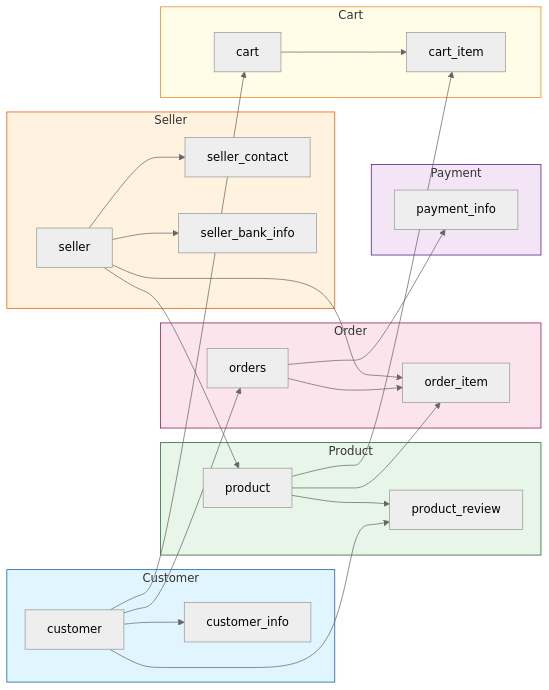
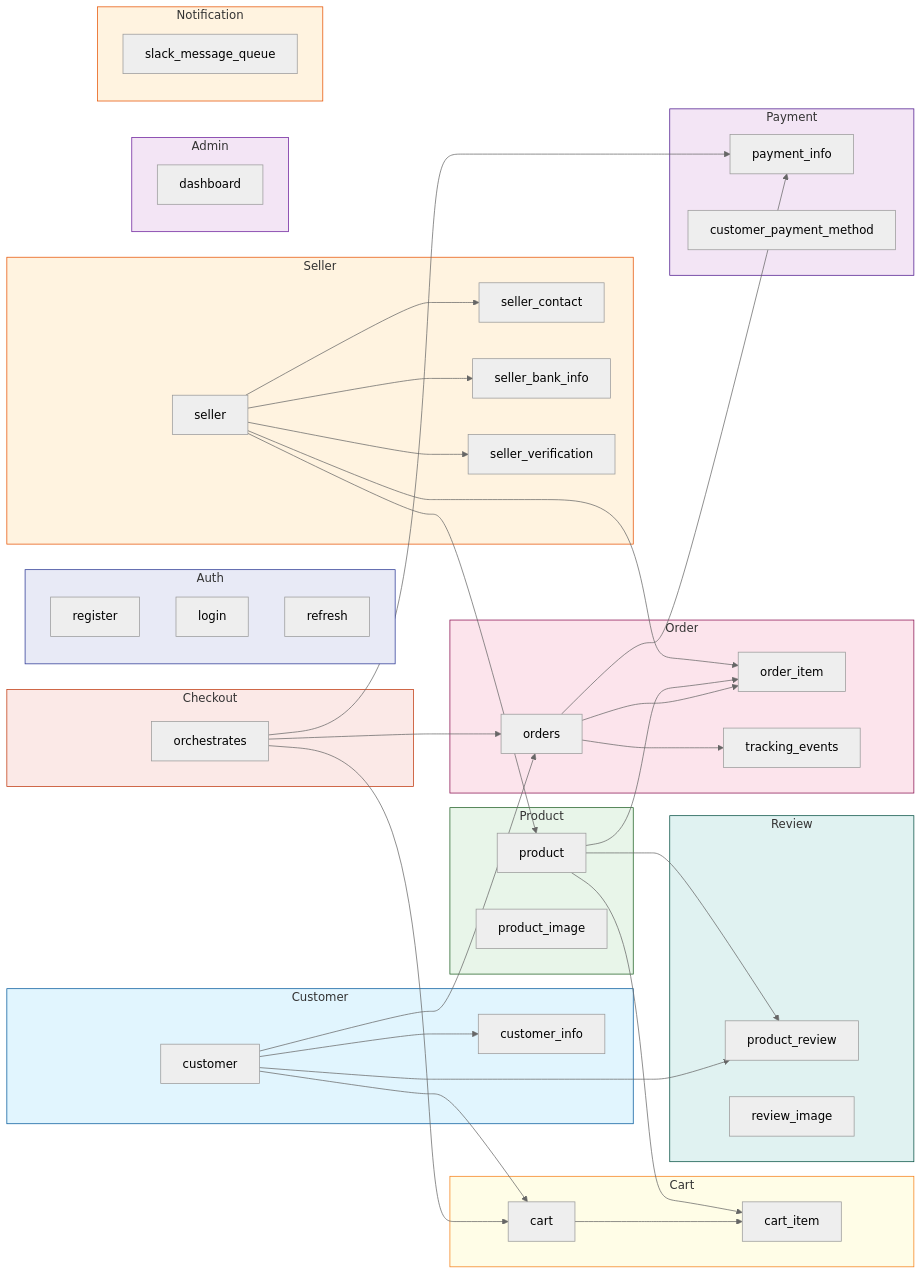
The third of 4 diagrams in README.md (EliteShopColombia/EliteShopOnlineBackend), drawn with Mermaid (neutral theme) before and after one commit. The commit also changed other lines of this file and 22 other files, not shown here.

````diff
--- a/README.md
+++ b/README.md
@@ -563,5 +226,11 @@
 ```mermaid
 graph LR
+    subgraph Auth["Auth"]
+        A[register]
+        AL[login]
+        R[refresh]
+    end
+
     subgraph Customer["Customer"]
         C[customer]
         CI[customer_info]
@@ -571,20 +240,23 @@
         S[seller]
         SC[seller_contact]
         SB[seller_bank_info]
+        SV[seller_verification]
     end
 
     subgraph Product["Product"]
         P[product]
-        PR[product_review]
+        PI[product_image]
     end
 
     subgraph Order["Order"]
         O[orders]
         OI[order_item]
+        TE[tracking_events]
     end
 
     subgraph Payment["Payment"]
-        PI[payment_info]
+        PAY[payment_info]
+        CPM[customer_payment_method]
     end
 
     subgraph Cart["Cart"]
@@ -592,25 +264,52 @@
         CIT[cart_item]
     end
 
+    subgraph Review["Review"]
+        REV[product_review]
+        RI[review_image]
+    end
+
+    subgraph Checkout["Checkout"]
+        CO[orchestrates]
+    end
+
+    subgraph Admin["Admin"]
+        AD[dashboard]
+    end
+
+    subgraph Notification["Notification"]
+        N[slack_message_queue]
+    end
+
     C --> CI
     S --> SC
     S --> SB
+    S --> SV
     S --> P
-    C --> PR
-    P --> PR
+    C --> REV
+    P --> REV
     C --> O
     O --> OI
+    O --> TE
     P --> OI
     S --> OI
-    O --> PI
+    O --> PAY
     C --> CA
     CA --> CIT
     P --> CIT
+    CO --> O
+    CO --> PAY
+    CO --> CA
 
+    style Auth fill:#e8eaf6,stroke:#283593
     style Customer fill:#e1f5fe,stroke:#01579b
     style Seller fill:#fff3e0,stroke:#e65100
     style Product fill:#e8f5e9,stroke:#1b5e20
     style Order fill:#fce4ec,stroke:#880e4f
     style Payment fill:#f3e5f5,stroke:#4a148c
     style Cart fill:#fffde7,stroke:#f57f17
+    style Review fill:#e0f2f1,stroke:#004d40
+    style Checkout fill:#fbe9e7,stroke:#bf360c
+    style Admin fill:#f3e5f5,stroke:#6a1b9a
+    style Notification fill:#fff3e0,stroke:#e65100
 ```
````
